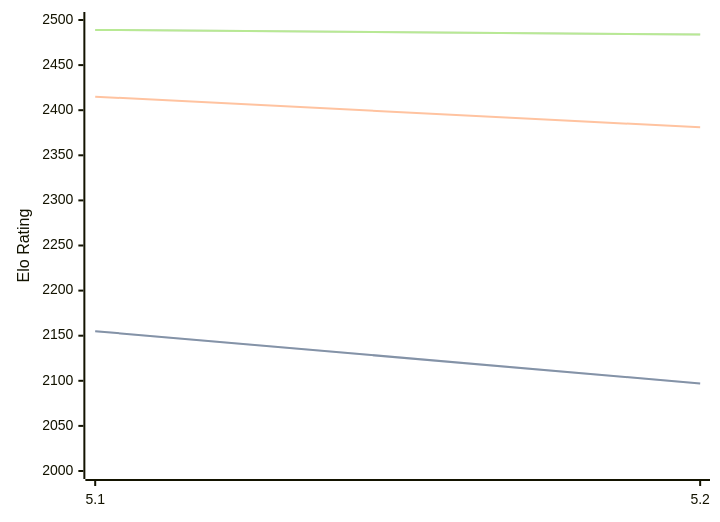
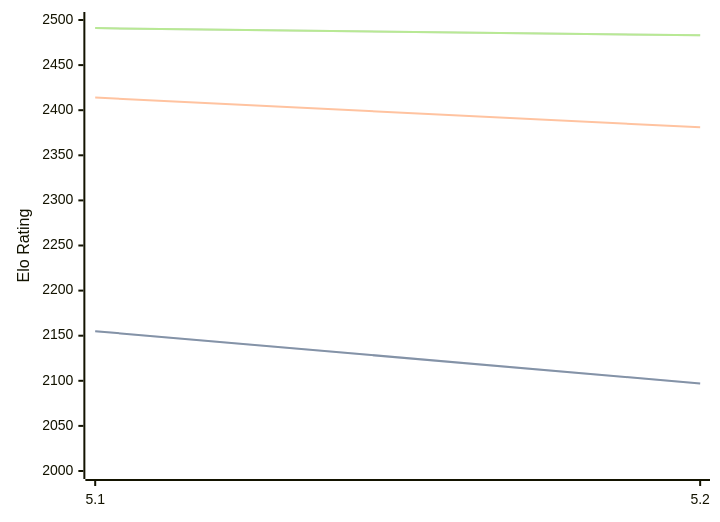
One commit to computer-chess-index/cci changed the diagram in engines/Prophet.md. Above: the diagram before and after it, drawn with Mermaid. The commit also changed other lines of this file, not shown here.

Commit message:
Update CCI Ratings (ELO VLTC) - 2026-08-02

````diff
--- a/engines/Prophet.md
+++ b/engines/Prophet.md
@@ -38,11 +38,11 @@
 ```mermaid
 %%{init: {"theme":"base","themeVariables":{"seriesColors:['#a3a3a3','#222221','#faa371']}}}%%
 xychart-beta
   x-axis ["5.1", "5.2"]
   y-axis "Elo Rating" 2000 --> 2500
   line "STC (8.0+0.08s)" [2155, 2097]
   line "STC (8.0+0.08s)" [2155, 2097]
-  line "LTC (60.0+0.60s)" [2415, 2381]
-  line "VLTC (2m24s+1.12s)" [2489, 2484]
-  line "VLTC (2m24s+1.12s)" [2489, 2484]
+  line "LTC (60.0+0.60s)" [2414, 2381]
+  line "VLTC (2m24s+1.12s)" [2491, 2483]
+  line "VLTC (2m24s+1.12s)" [2491, 2483]
 ```
````
